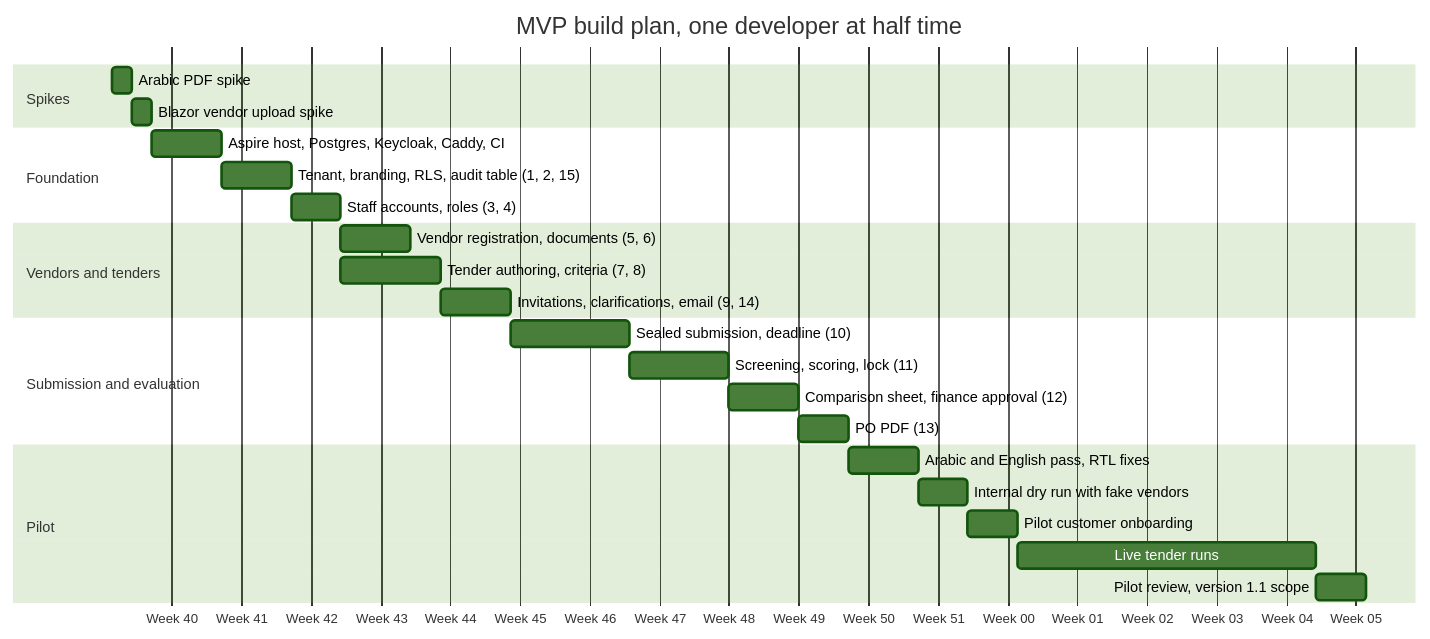
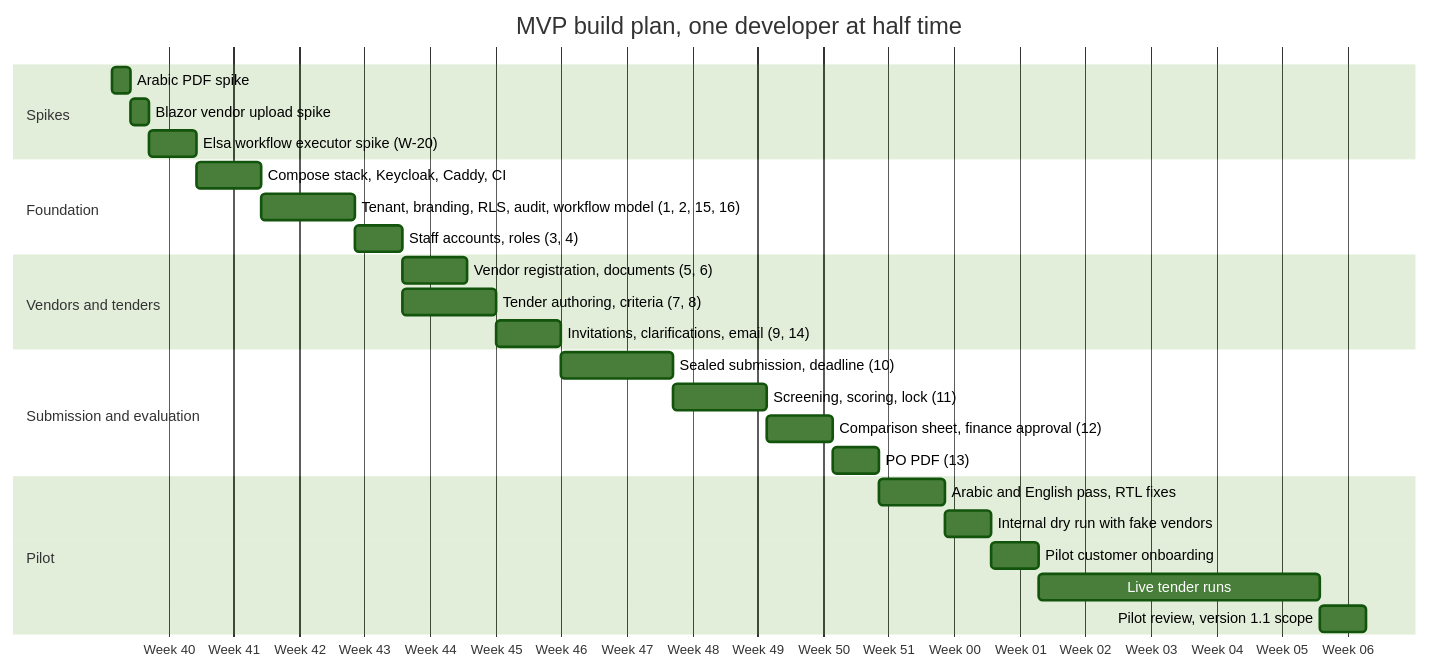
The second of 2 diagrams in docs/05-mvp-scope.md (AhmedAssaf/ERP), drawn with Mermaid (forest theme) before and after one commit. The commit also changed other lines of this file and 8 other files, not shown here.

First line of the commit message:
ADR-0003: tenant-configurable approval workflow from day one

````diff
--- a/docs/05-mvp-scope.md
+++ b/docs/05-mvp-scope.md
@@ -102,33 +104,34 @@
 ```mermaid
 gantt
     title MVP build plan, one developer at half time
     dateFormat YYYY-MM-DD
     axisFormat Week %W
 
     section Spikes
     Arabic PDF spike                 :s1, 2026-10-05, 2d
     Blazor vendor upload spike       :s2, 2026-10-07, 2d
+    Elsa workflow executor spike (W-20) :s3, 2026-10-09, 5d
 
     section Foundation
-    Aspire host, Postgres, Keycloak, Caddy, CI :f1, after s2, 7d
-    Tenant, branding, RLS, audit table (1, 2, 15) :f2, after f1, 7d
+    Compose stack, Keycloak, Caddy, CI :f1, after s3, 7d
+    Tenant, branding, RLS, audit, workflow model (1, 2, 15, 16) :f2, after f1, 10d
     Staff accounts, roles (3, 4)     :f3, after f2, 5d
 
     section Vendors and tenders
     Vendor registration, documents (5, 6) :v1, after f3, 7d
     Tender authoring, criteria (7, 8) :v2, after f3, 10d
     Invitations, clarifications, email (9, 14) :v3, after v2, 7d
 
     section Submission and evaluation
     Sealed submission, deadline (10) :e1, after v3, 12d
     Screening, scoring, lock (11)    :e2, after e1, 10d
     Comparison sheet, finance approval (12) :e3, after e2, 7d
     PO PDF (13)                      :e4, after e3, 5d
 
     section Pilot
     Arabic and English pass, RTL fixes :p1, after e4, 7d
     Internal dry run with fake vendors :p2, after p1, 5d
     Pilot customer onboarding        :p3, after p2, 5d
     Live tender runs                 :p4, after p3, 30d
     Pilot review, version 1.1 scope  :p5, after p4, 5d
 ```
````
